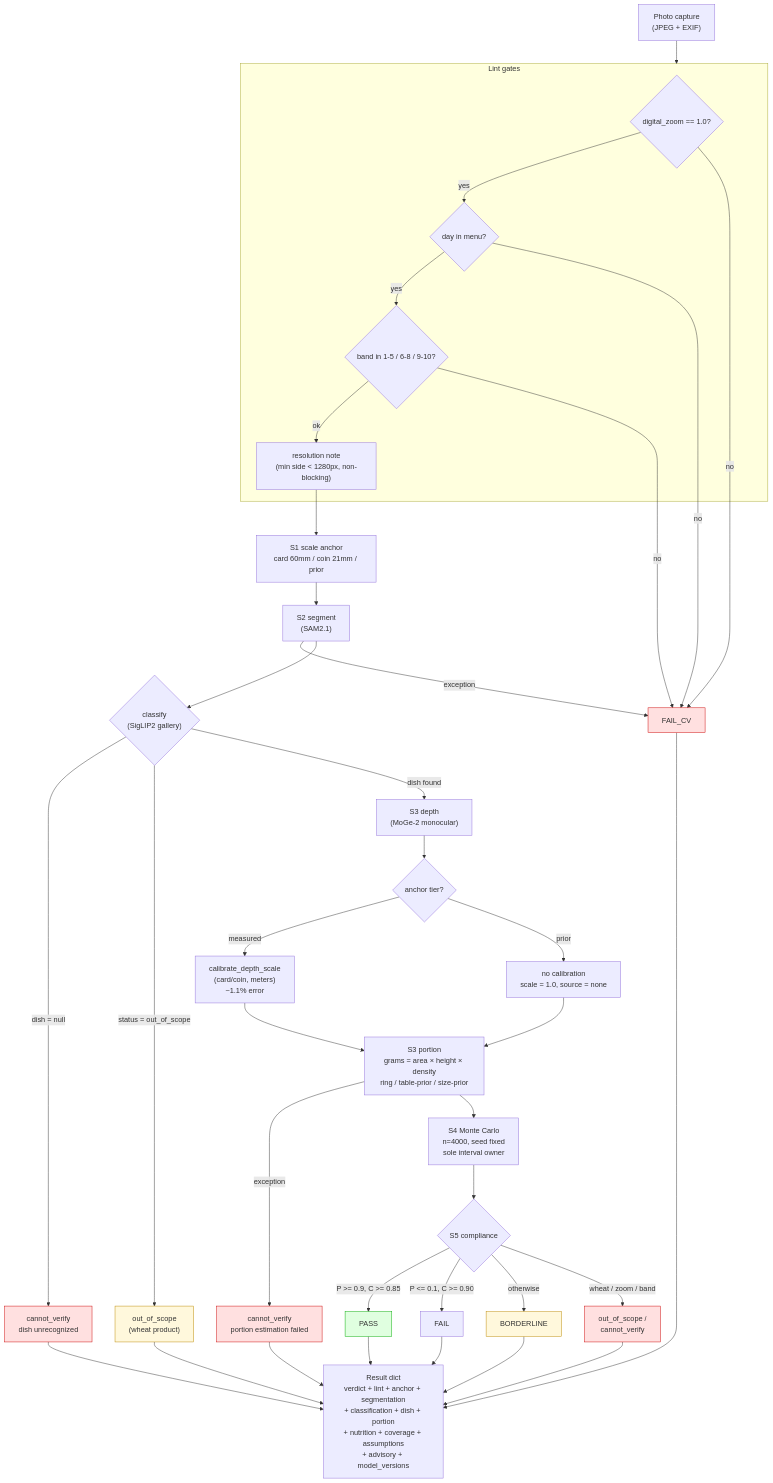
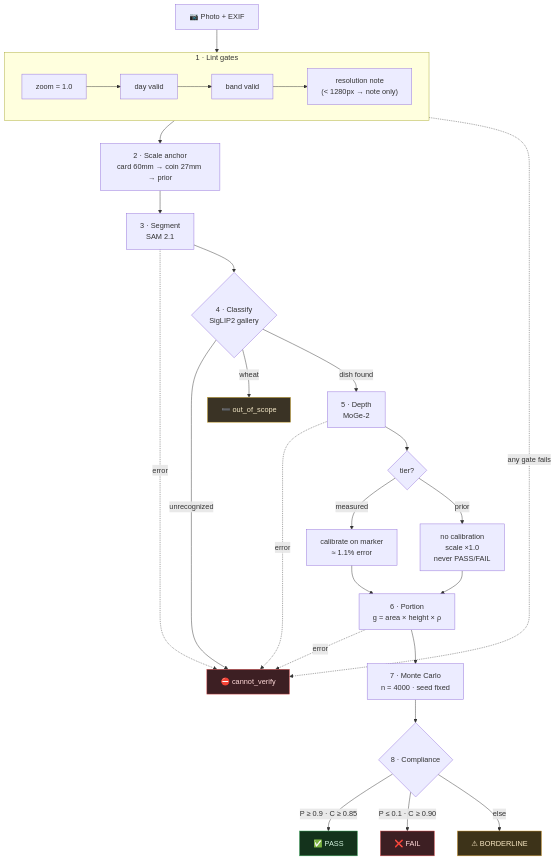
The diagram in README.md (Lion4467cat/NutriSense), drawn with Mermaid before and after one commit. The commit also changed 1 other file, not shown here.

Commit message:
Redesign pipeline flowchart for readability and theme-safe contrast

````diff
--- a/README.md
+++ b/README.md
@@ -32,61 +32,44 @@
 ```mermaid
 flowchart TD
-    IMG["Photo capture<br/>(JPEG + EXIF)"] --> LINT
+    IMG["📷 Photo + EXIF"] --> L1
 
-    subgraph LINT["Lint gates"]
-        L1{"digital_zoom == 1.0?"}
-        L2{"day in menu?"}
-        L3{"band in 1-5 / 6-8 / 9-10?"}
-        L4["resolution note<br/>(min side < 1280px, non-blocking)"]
-        L1 -->|yes| L2
-        L2 -->|yes| L3
-        L3 -->|ok| L4
+    subgraph LINT["1 · Lint gates"]
+        direction LR
+        L1["zoom = 1.0"] --> L2["day valid"] --> L3["band valid"] --> L4["resolution note<br/>(< 1280px → note only)"]
     end
 
-    L1 -->|no| FAIL_CV
-    L2 -->|no| FAIL_CV
-    L3 -->|no| FAIL_CV
+    LINT -.->|"any gate fails"| CV["⛔ cannot_verify"]
+    L4 --> A["2 · Scale anchor<br/>card 60mm → coin 27mm → prior"]
 
-    L4 --> ANCHOR["S1 scale anchor<br/>card 60mm / coin 21mm / prior"]
-    ANCHOR --> SEG["S2 segment<br/>(SAM2.1)"]
+    A --> SEG["3 · Segment<br/>SAM 2.1"]
+    SEG -.->|error| CV
+    SEG --> CLS{"4 · Classify<br/>SigLIP2 gallery"}
 
-    SEG -->|exception| FAIL_CV
-    SEG --> CLS{"classify<br/>(SigLIP2 gallery)"}
+    CLS -->|"unrecognized"| CV
+    CLS -->|wheat| OOS["➖ out_of_scope"]
+    CLS -->|"dish found"| DEPTH["5 · Depth<br/>MoGe-2"]
 
-    CLS -->|"dish = null"| FAIL_CV2["cannot_verify<br/>dish unrecognized"]
-    CLS -->|"status = out_of_scope"| OOS["out_of_scope<br/>(wheat product)"]
-    CLS -->|"dish found"| DEPTH["S3 depth<br/>(MoGe-2 monocular)"]
+    DEPTH -.->|error| CV
+    DEPTH --> TIER{"tier?"}
+    TIER -->|measured| CAL["calibrate on marker<br/>≈ 1.1% error"]
+    TIER -->|prior| SKIP["no calibration<br/>scale ×1.0<br/>never PASS/FAIL"]
+    CAL --> PORT["6 · Portion<br/>g = area × height × ρ"]
+    SKIP --> PORT
+    PORT -.->|error| CV
+    PORT --> MC["7 · Monte Carlo<br/>n = 4000 · seed fixed"]
 
-    DEPTH --> TIER{"anchor tier?"}
-    TIER -->|measured| CAL["calibrate_depth_scale<br/>(card/coin, meters)<br/>~1.1% error"]
-    TIER -->|prior| NOCAL["no calibration<br/>scale = 1.0, source = none"]
-    CAL --> PORTION
-    NOCAL --> PORTION["S3 portion<br/>grams = area × height × density<br/>ring / table-prior / size-prior"]
+    MC --> VER{"8 · Compliance"}
+    VER -->|"P ≥ 0.9 · C ≥ 0.85"| PASS["✅ PASS"]
+    VER -->|"P ≤ 0.1 · C ≥ 0.90"| FAIL["❌ FAIL"]
+    VER -->|else| BORD["⚠ BORDERLINE"]
 
-    PORTION -->|exception| FAIL_CV3["cannot_verify<br/>portion estimation failed"]
-    PORTION --> MC["S4 Monte Carlo<br/>n=4000, seed fixed<br/>sole interval owner"]
-
-    MC --> VER{"S5 compliance"}
-    VER -->|"P >= 0.9, C >= 0.85"| PASS["PASS"]
-    VER -->|"P <= 0.1, C >= 0.90"| FAILV["FAIL"]
-    VER -->|otherwise| BORD["BORDERLINE"]
-    VER -->|"wheat / zoom / band"| SC["out_of_scope /<br/>cannot_verify"]
-
-    PASS --> RESULT
-    FAILV --> RESULT
-    BORD --> RESULT
-    SC --> RESULT
-    FAIL_CV --> RESULT
-    FAIL_CV2 --> RESULT
-    FAIL_CV3 --> RESULT
-    OOS --> RESULT
-
-    RESULT["Result dict<br/>verdict + lint + anchor + segmentation<br/>+ classification + dish + portion<br/>+ nutrition + coverage + assumptions<br/>+ advisory + model_versions"]
-
-    classDef gate fill:#ffe0e0,stroke:#c00
-    classDef ok fill:#e0ffe0,stroke:#0a0
-    classDef warn fill:#fff8dc,stroke:#b80
-    class FAIL_CV,FAIL_CV2,FAIL_CV3,SC gate
+    classDef err fill:#3d1f23,stroke:#e05252,color:#ffd9d9
+    classDef oos fill:#3a3325,stroke:#c9a227,color:#f5e9c8
+    classDef ok fill:#14331c,stroke:#3fae62,color:#d4f5df
+    classDef warn fill:#3d3319,stroke:#d9a13a,color:#fae9c4
+    class CV err
+    class OOS oos
     class PASS ok
-    class BORD,OOS warn
+    class FAIL err
+    class BORD warn
 ```
````
